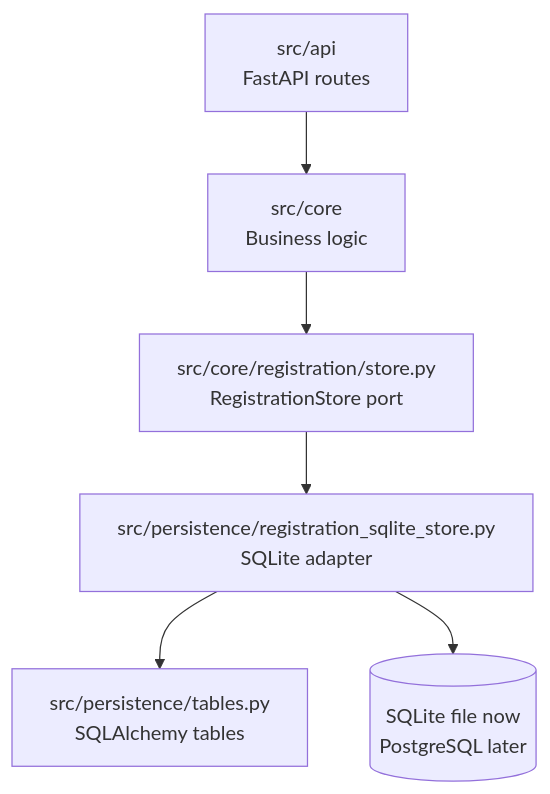
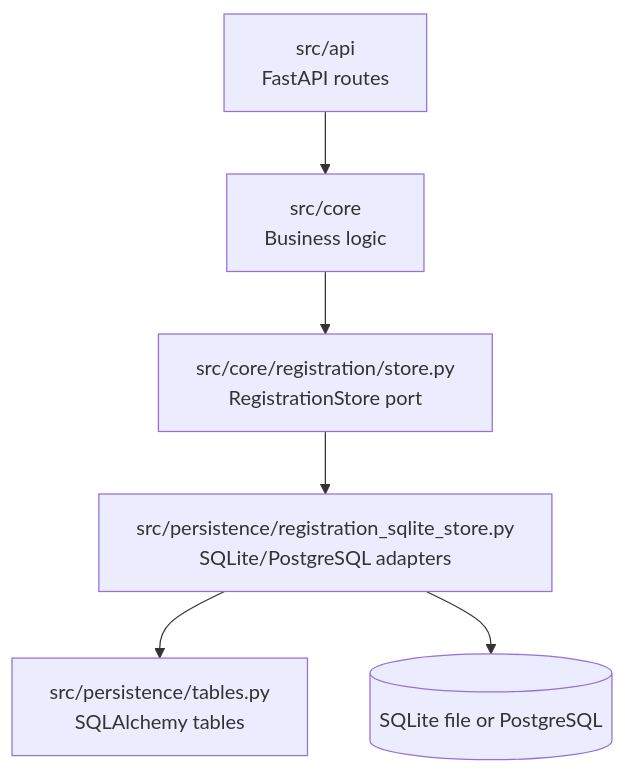
One commit to ssciwr/biocypher-components-registry changed the diagram in sdlc_docs/b_design/backend/persistence_design.md. Above: the diagram before and after it, drawn with Mermaid. The commit also changed other lines of this file and 19 other files, not shown here.

````diff
--- a/sdlc_docs/b_design/backend/persistence_design.md
+++ b/sdlc_docs/b_design/backend/persistence_design.md
@@ -73,15 +79,15 @@
 ```mermaid
 flowchart TB
     API["src/api\nFastAPI routes"]
     Core["src/core\nBusiness logic"]
     Port["src/core/registration/store.py\nRegistrationStore port"]
-    Adapter["src/persistence/registration_sqlite_store.py\nSQLite adapter"]
+    Adapter["src/persistence/registration_sqlite_store.py\nSQLite/PostgreSQL adapters"]
     Tables["src/persistence/tables.py\nSQLAlchemy tables"]
-    DB[("SQLite file now\nPostgreSQL later")]
+    DB[("SQLite file or PostgreSQL")]
 
     API --> Core
     Core --> Port
     Port --> Adapter
     Adapter --> Tables
     Adapter --> DB
 ```
````
